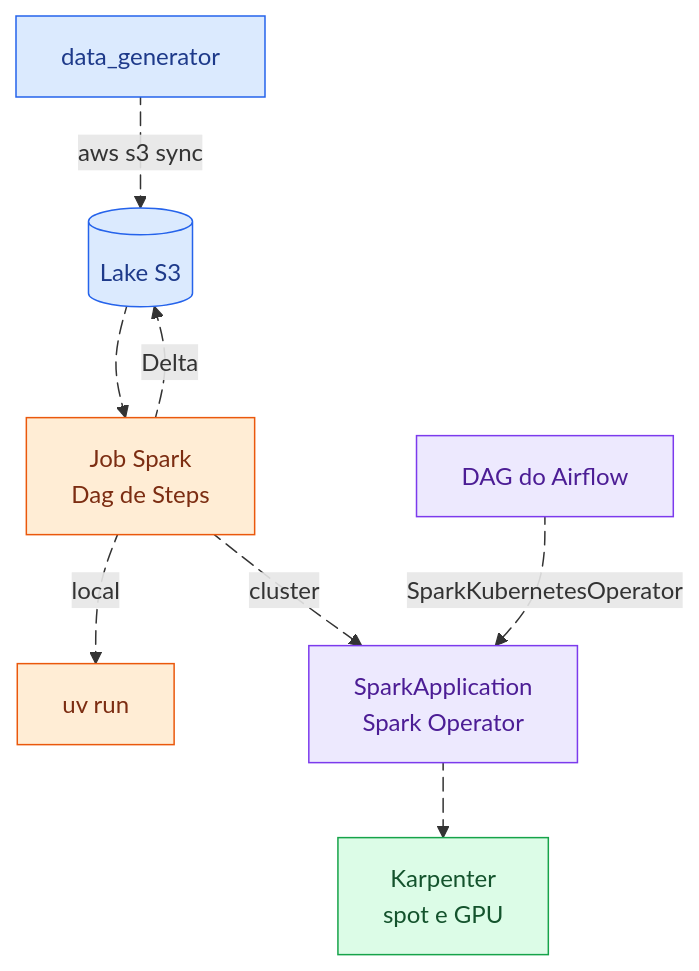
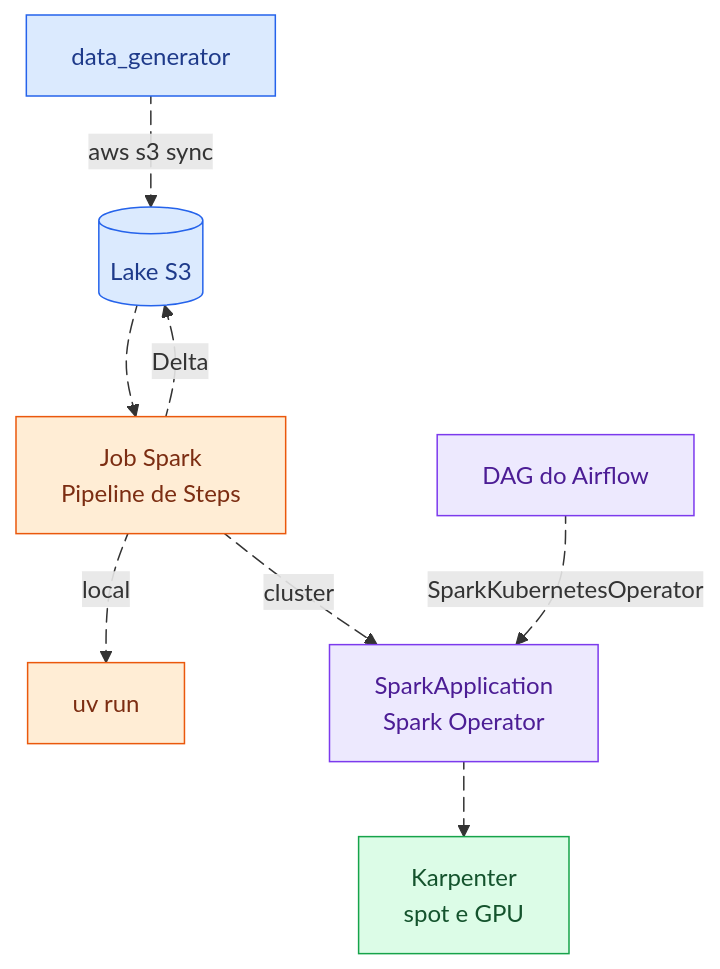
Before and after one commit to ManuelVenturaNeto/infrastruture-aws-eks: the diagram in README.md, drawn with Mermaid. The commit also changed other lines of this file, not shown here.

Commit message:
docs: document run.py, spark_job enums and git-sync delivery

````diff
--- a/README.md
+++ b/README.md
@@ -8,28 +8,28 @@
 ```mermaid
 flowchart TB
   G[data_generator] e1@-->|aws s3 sync| L[(Lake S3)]
-  L e2@--> J[Job Spark<br/>Dag de Steps]
+  L e2@--> J[Job Spark<br/>Pipeline de Steps]
   J e3@-->|Delta| L
   J e4@-.->|local| U[uv run]
   J e5@-.->|cluster| K[SparkApplication<br/>Spark Operator]
   A[DAG do Airflow] e6@-->|SparkKubernetesOperator| K
   K e7@--> N[Karpenter<br/>spot e GPU]
 
   e1@{ animate: true }
   e2@{ animate: true }
   e3@{ animate: true }
   e4@{ animate: true }
   e5@{ animate: true }
   e6@{ animate: true }
   e7@{ animate: true }
 
   classDef data fill:#dbeafe,stroke:#2563eb,color:#1e3a8a
   classDef compute fill:#ffedd5,stroke:#ea580c,color:#7c2d12
   classDef orchestration fill:#ede9fe,stroke:#7c3aed,color:#4c1d95
   classDef infra fill:#dcfce7,stroke:#16a34a,color:#14532d
 
   class G,L data
   class J,U compute
   class A,K orchestration
   class N infra
 ```
````
